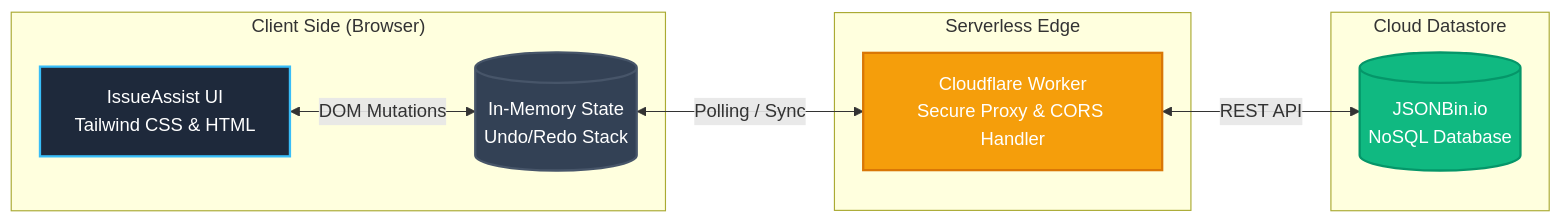
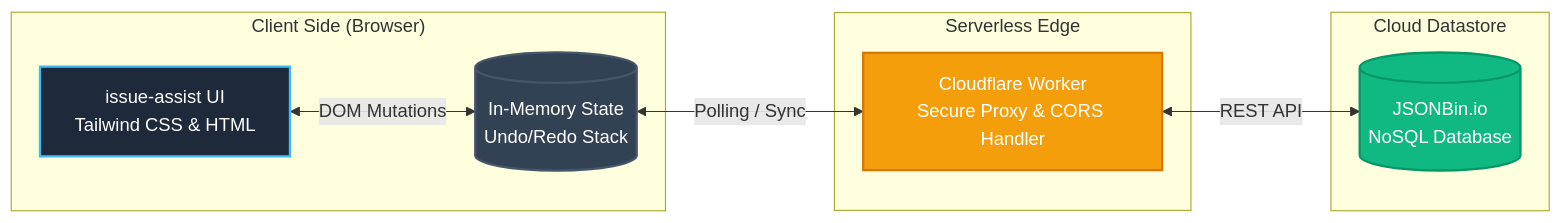
The diagram in README.md (Sejabur/issue-assist), drawn with Mermaid before and after one commit. The commit also changed other lines of this file and 1 other file, not shown here.

````diff
--- a/README.md
+++ b/README.md
@@ -22,24 +28,24 @@
 ```mermaid
 graph LR
     subgraph "Client Side (Browser)"
-        UI[IssueAssist UI<br/>Tailwind CSS & HTML]
+        UI[issue-assist UI<br/>Tailwind CSS & HTML]
         State[(In-Memory State<br/>Undo/Redo Stack)]
         UI <-->|DOM Mutations| State
     end
     
     subgraph "Serverless Edge"
         CF[Cloudflare Worker<br/>Secure Proxy & CORS Handler]
     end
     
     subgraph "Cloud Datastore"
         DB[(JSONBin.io<br/>NoSQL Database)]
     end
     
     State <-->|Polling / Sync| CF
     CF <-->|REST API| DB
 
     style UI fill:#1e293b,stroke:#38bdf8,stroke-width:2px,color:#fff
     style State fill:#334155,stroke:#475569,stroke-width:2px,color:#fff
     style CF fill:#f59e0b,stroke:#d97706,stroke-width:2px,color:#fff
     style DB fill:#10b981,stroke:#059669,stroke-width:2px,color:#fff
 ```
````
